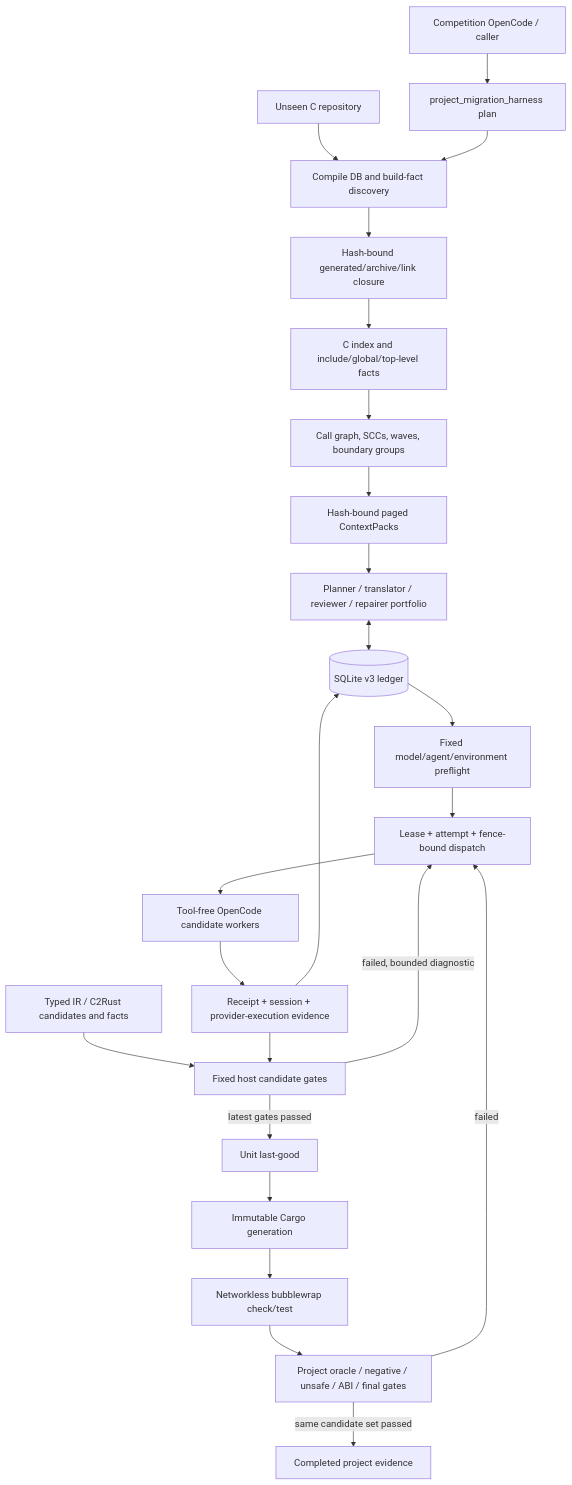
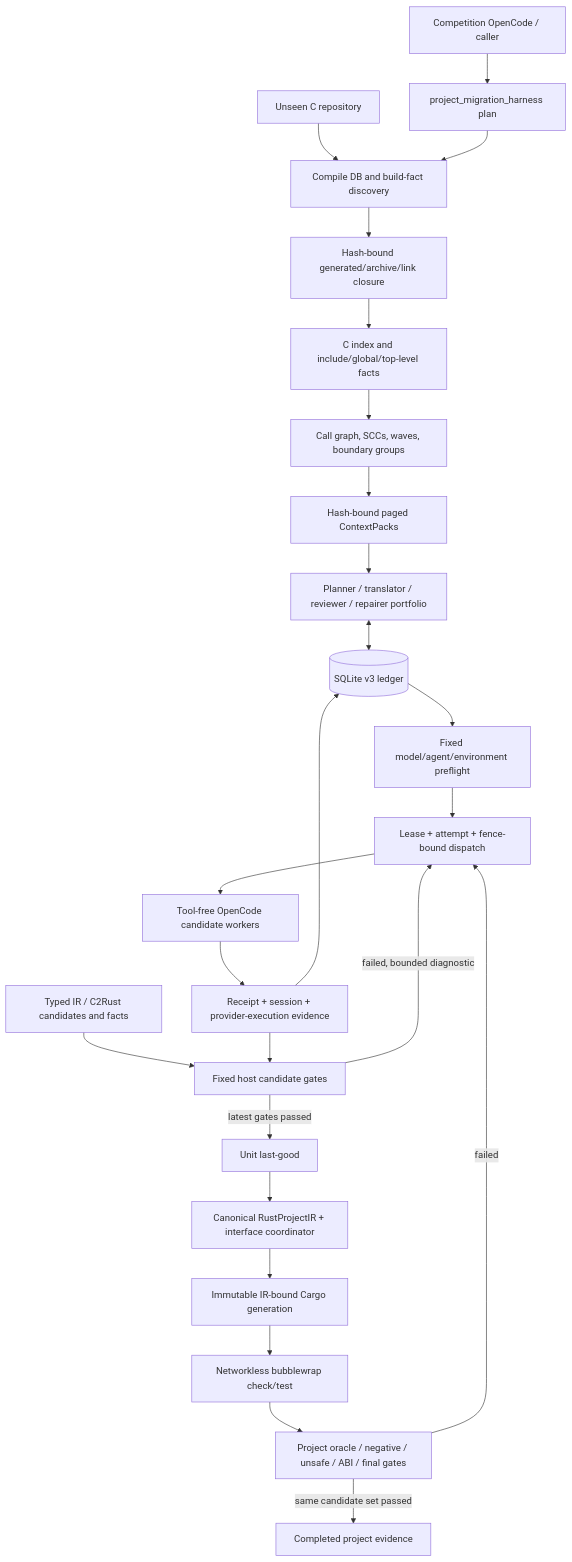
Before and after one commit to guoqihan342-svg/c-to-rust: the first of 5 diagrams in README.md, drawn with Mermaid. The commit also changed other lines of this file and 50 other files, not shown here.

Commit message:
feat(harness): make RustProjectIR authoritative for Cargo

````diff
--- a/README.md
+++ b/README.md
@@ -98,26 +102,27 @@
 ```mermaid
 flowchart TB
     OUTER["Competition OpenCode / caller"] --> PLAN["project_migration_harness plan"]
     REPO["Unseen C repository"] --> DISCOVERY["Compile DB and build-fact discovery"]
     PLAN --> DISCOVERY
     DISCOVERY --> CLOSURE["Hash-bound generated/archive/link closure"]
     CLOSURE --> INDEX["C index and include/global/top-level facts"]
     INDEX --> DAG["Call graph, SCCs, waves, boundary groups"]
     DAG --> CONTEXT["Hash-bound paged ContextPacks"]
     CONTEXT --> PORTFOLIO["Planner / translator / reviewer / repairer portfolio"]
     PORTFOLIO <--> LEDGER[("SQLite v3 ledger")]
     LEDGER --> PREFLIGHT["Fixed model/agent/environment preflight"]
     PREFLIGHT --> DISPATCH["Lease + attempt + fence-bound dispatch"]
     DISPATCH --> AI["Tool-free OpenCode candidate workers"]
     AI --> PROVIDER["Receipt + session + provider-execution evidence"]
     PROVIDER --> LEDGER
     TIR["Typed IR / C2Rust candidates and facts"] --> VERIFY
     PROVIDER --> VERIFY["Fixed host candidate gates"]
     VERIFY -->|"failed, bounded diagnostic"| DISPATCH
     VERIFY -->|"latest gates passed"| LASTGOOD["Unit last-good"]
-    LASTGOOD --> CARGO["Immutable Cargo generation"]
+    LASTGOOD --> RUSTIR["Canonical RustProjectIR + interface coordinator"]
+    RUSTIR --> CARGO["Immutable IR-bound Cargo generation"]
     CARGO --> SANDBOX["Networkless bubblewrap check/test"]
     SANDBOX --> PROJECT["Project oracle / negative / unsafe / ABI / final gates"]
     PROJECT -->|"same candidate set passed"| COMPLETE["Completed project evidence"]
     PROJECT -->|"failed"| DISPATCH
 ```
````
